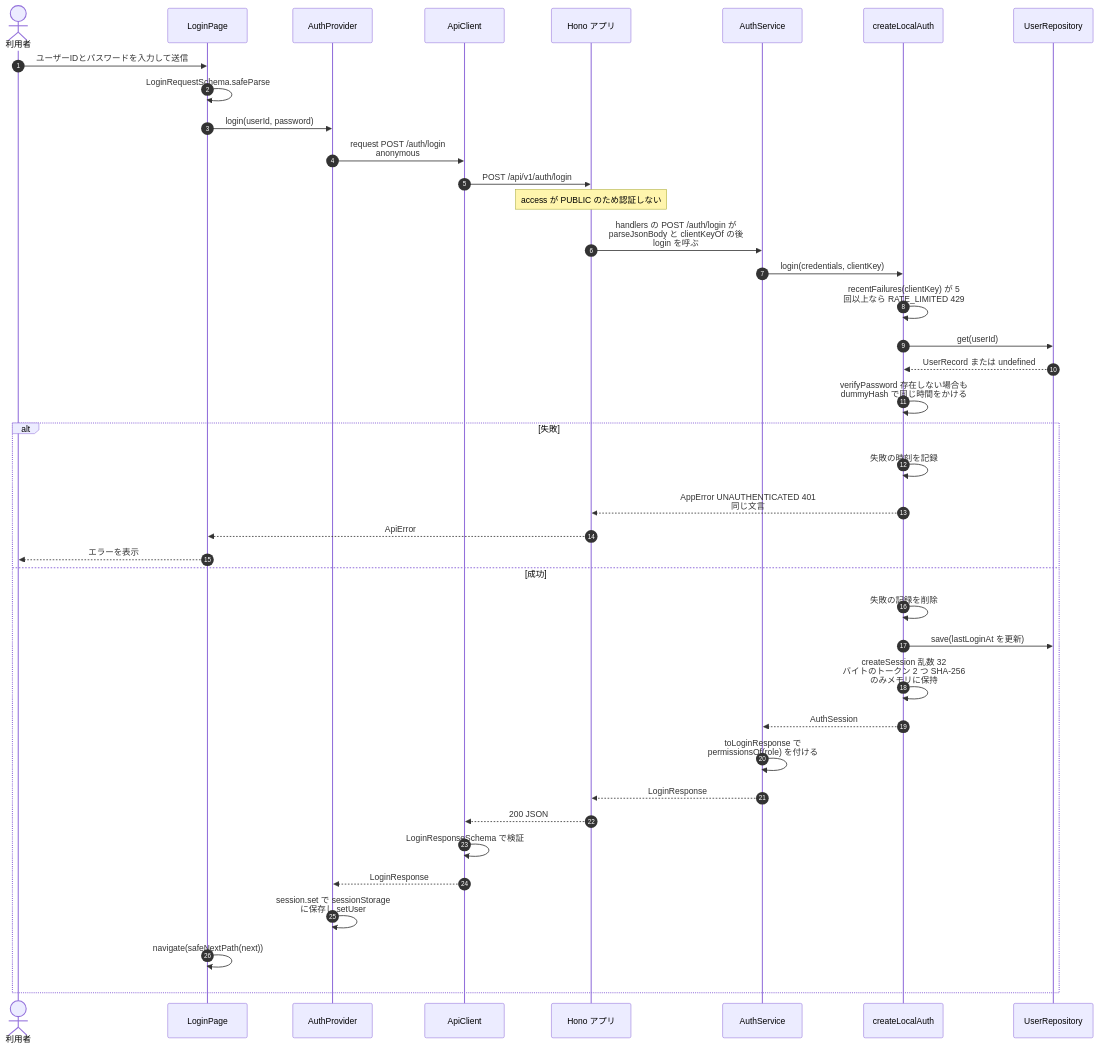
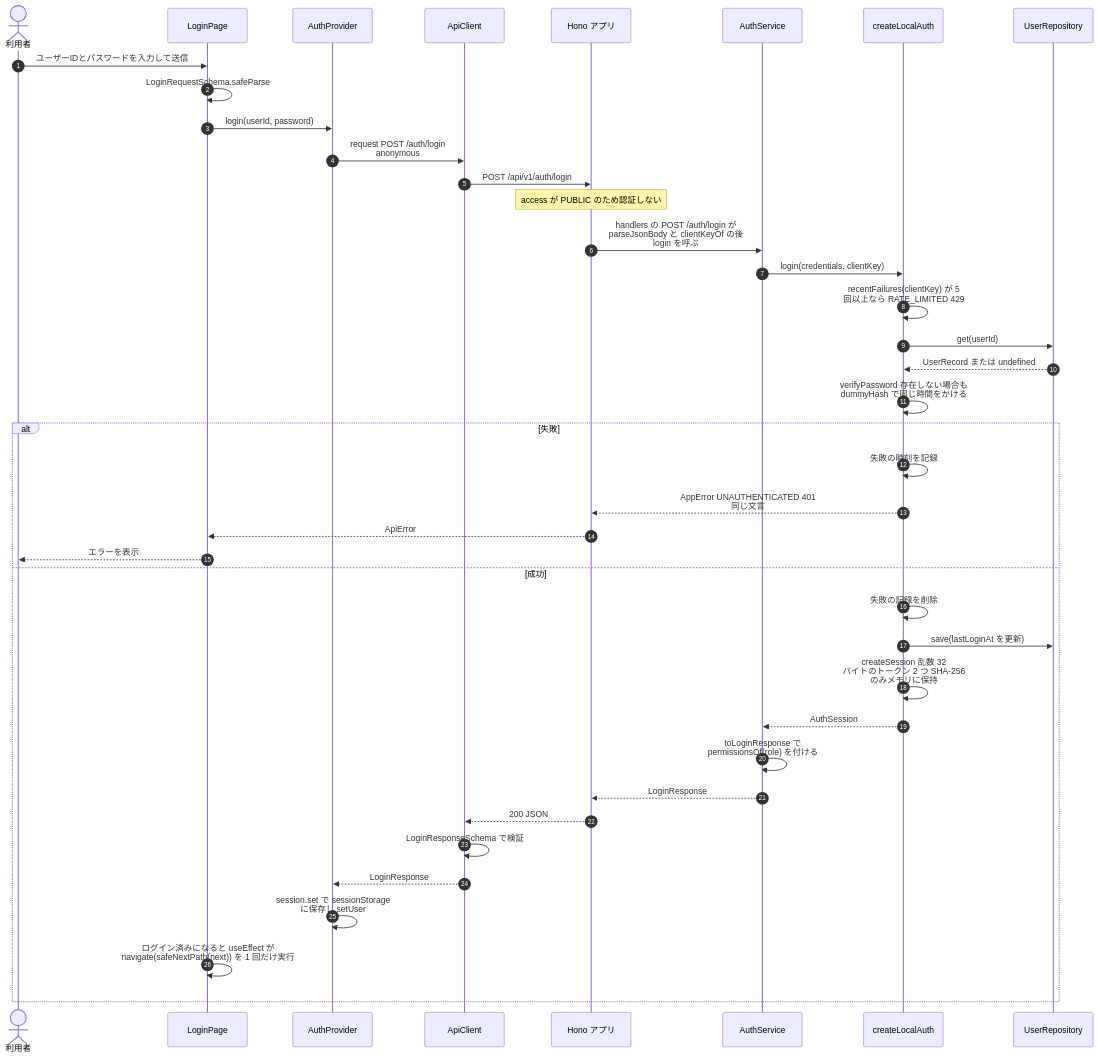
Diagram 12 of 46 in docs/10_design/architecture/as-built.md (NS-APU/smart-farm-monitoring), drawn with Mermaid before and after one commit. The commit also changed 3 other files, not shown here.

````diff
--- a/docs/10_design/architecture/as-built.md
+++ b/docs/10_design/architecture/as-built.md
@@ -1222,43 +1222,43 @@
 ```mermaid
 sequenceDiagram
   autonumber
   actor U as 利用者
   participant LP as LoginPage
   participant AC as AuthProvider
   participant API as ApiClient
   participant APP as Hono アプリ
   participant AS as AuthService
   participant LA as createLocalAuth
   participant UR as UserRepository
 
   U->>LP: ユーザーIDとパスワードを入力して送信
   LP->>LP: LoginRequestSchema.safeParse
   LP->>AC: login(userId, password)
   AC->>API: request POST /auth/login<br>anonymous
   API->>APP: POST /api/v1/auth/login
   Note over APP: access が PUBLIC のため認証しない
   APP->>AS: handlers の POST /auth/login が<br>parseJsonBody と clientKeyOf の後<br>login を呼ぶ
   AS->>LA: login(credentials, clientKey)
   LA->>LA: recentFailures(clientKey) が 5<br>回以上なら RATE_LIMITED 429
   LA->>UR: get(userId)
   UR-->>LA: UserRecord または undefined
   LA->>LA: verifyPassword 存在しない場合も<br>dummyHash で同じ時間をかける
   alt 失敗
     LA->>LA: 失敗の時刻を記録
     LA-->>APP: AppError UNAUTHENTICATED 401<br>同じ文言
     APP-->>LP: ApiError
     LP-->>U: エラーを表示
   else 成功
     LA->>LA: 失敗の記録を削除
     LA->>UR: save(lastLoginAt を更新)
     LA->>LA: createSession 乱数 32<br>バイトのトークン 2 つ SHA-256<br>のみメモリに保持
     LA-->>AS: AuthSession
     AS->>AS: toLoginResponse で<br>permissionsOf(role) を付ける
     AS-->>APP: LoginResponse
     APP-->>API: 200 JSON
     API->>API: LoginResponseSchema で検証
     API-->>AC: LoginResponse
     AC->>AC: session.set で sessionStorage<br>に保存し setUser
-    LP->>LP: navigate(safeNextPath(next))
+    LP->>LP: ログイン済みになると useEffect が<br>navigate(safeNextPath(next)) を 1 回だけ実行
   end
 ```
````
